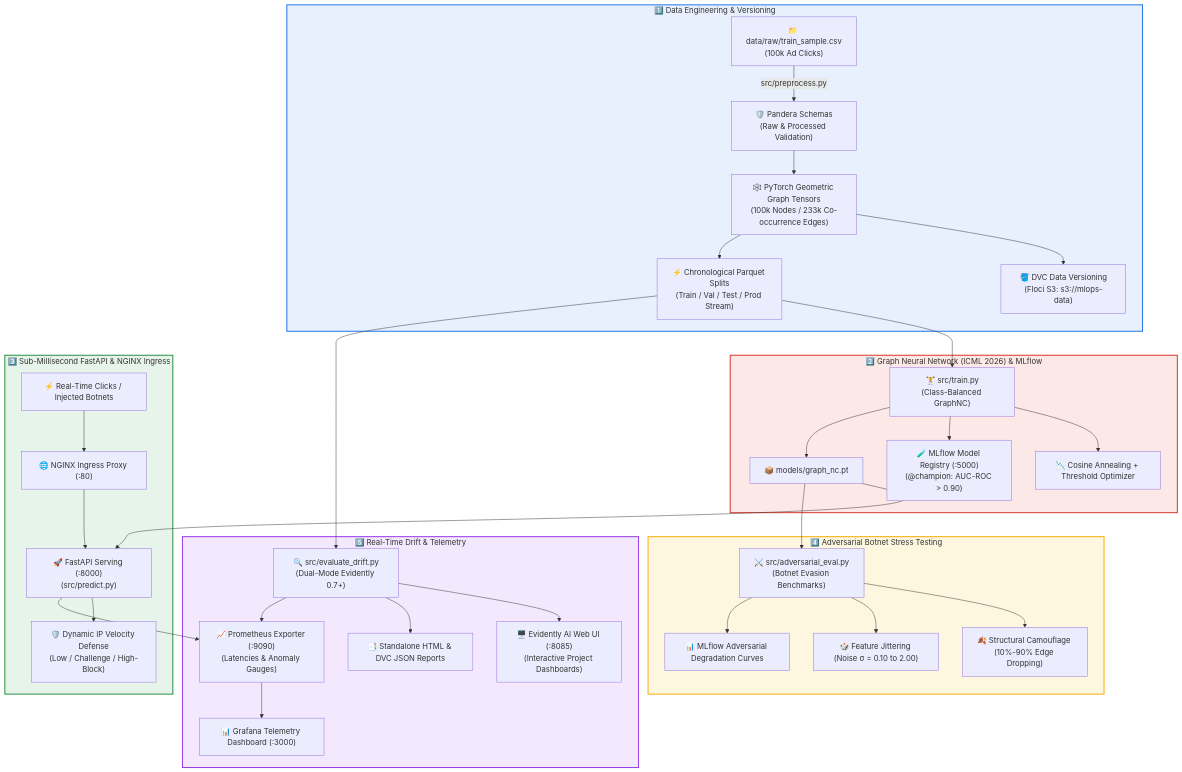
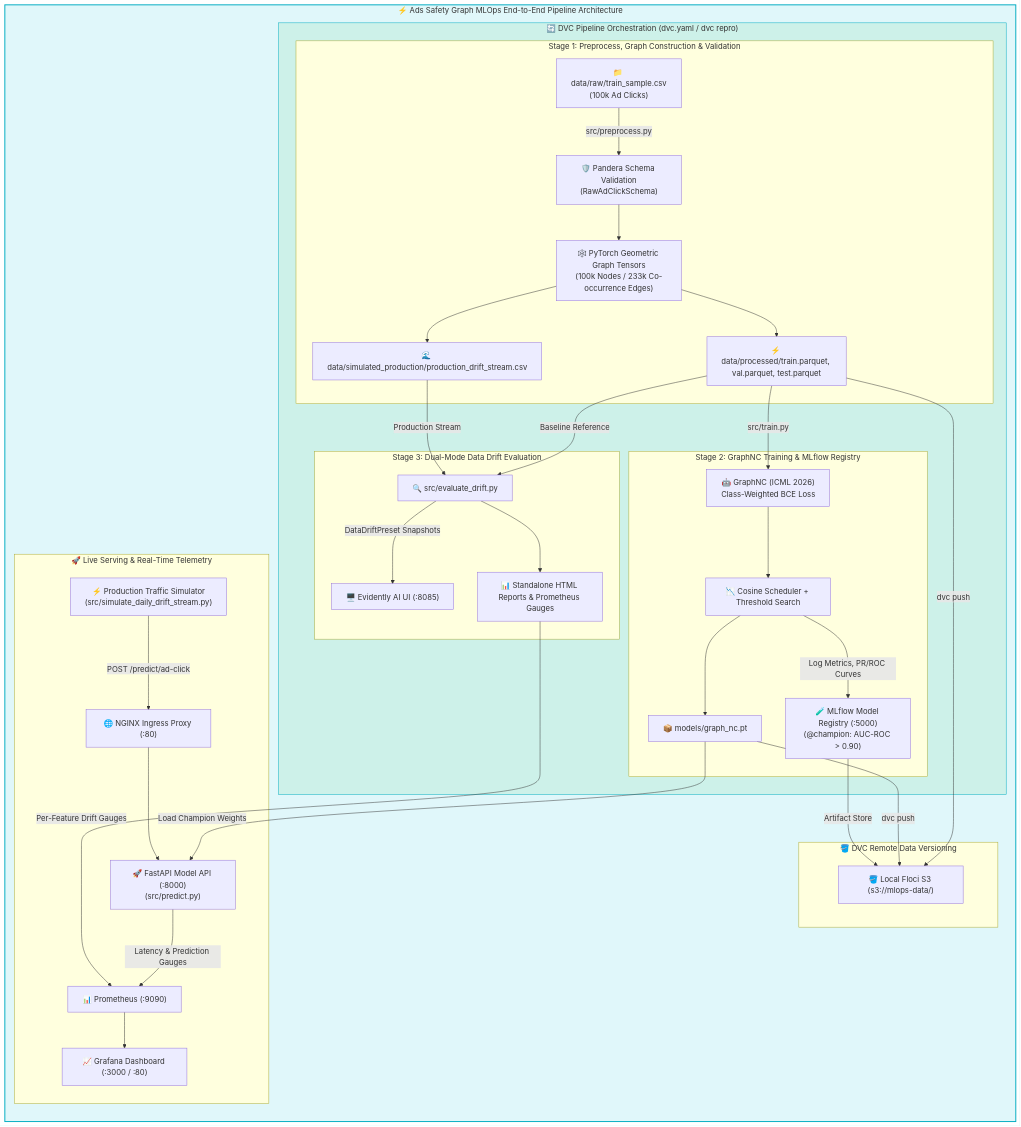
Before and after one commit to OmarAlsaqa/ads-safety-mlops: the diagram in README.md, drawn with Mermaid. The commit also changed other lines of this file, not shown here.

Commit message:
docs: embed adversarial evasion robustness curve into README

````diff
--- a/README.md
+++ b/README.md
@@ -9,45 +28,49 @@
 ```mermaid
-flowchart TB
-    subgraph DataEngineering["1️⃣ Data Engineering & Versioning"]
-        RawClick["📁 data/raw/train_sample.csv\n(100k Ad Clicks)"] -->|src/preprocess.py| PanderaVal["🛡️ Pandera Schemas\n(Raw & Processed Validation)"]
-        PanderaVal --> GraphGen["🕸️ PyTorch Geometric Graph Tensors\n(100k Nodes / 233k Co-occurrence Edges)"]
-        GraphGen --> DVCStorage["🪣 DVC Data Versioning\n(Floci S3: s3://mlops-data)"]
-        GraphGen --> ParquetSplits["⚡ Chronological Parquet Splits\n(Train / Val / Test / Prod Stream)"]
+flowchart LR
+    subgraph FullPipeline["⚡ Ads Safety Graph MLOps End-to-End Pipeline Architecture"]
+
+        subgraph DVC_Orchestration["🔄 DVC Pipeline Orchestration (dvc.yaml / dvc repro)"]
+            
+            subgraph Stage1["Stage 1: Preprocess, Graph Construction & Validation"]
+                RawCSV["📁 data/raw/train_sample.csv\n(100k Ad Clicks)"] -->|src/preprocess.py| PanderaVal["🛡️ Pandera Schema Validation\n(RawAdClickSchema)"]
+                PanderaVal --> GraphGen["🕸️ PyTorch Geometric Graph Tensors\n(100k Nodes / 233k Co-occurrence Edges)"]
+                GraphGen --> ProcessedParquet["⚡ data/processed/train.parquet, val.parquet, test.parquet"]
+                GraphGen --> ProdStream["🌊 data/simulated_production/production_drift_stream.csv"]
+            end
+
+            subgraph Stage2["Stage 2: GraphNC Training & MLflow Registry"]
+                ProcessedParquet -->|src/train.py| GraphNCTrain["🤖 GraphNC (ICML 2026)\nClass-Weighted BCE Loss"]
+                GraphNCTrain --> ThresholdOpt["📉 Cosine Scheduler + Threshold Search"]
+                ThresholdOpt -->|Log Metrics, PR/ROC Curves| MLflowServer["🧪 MLflow Model Registry (:5000)\n(@champion: AUC-ROC > 0.90)"]
+                ThresholdOpt --> ModelPT["📦 models/graph_nc.pt"]
+            end
+
+            subgraph Stage3["Stage 3: Dual-Mode Data Drift Evaluation"]
+                ProcessedParquet -->|Baseline Reference| DriftScript["🔍 src/evaluate_drift.py"]
+                ProdStream -->|Production Stream| DriftScript
+                DriftScript -->|DataDriftPreset Snapshots| EvidentlyUI["🖥️ Evidently AI UI (:8085)"]
+                DriftScript --> SummaryMetrics["📊 Standalone HTML Reports & Prometheus Gauges"]
+            end
+
+        end
+
+        subgraph DVCSync["🪣 DVC Remote Data Versioning"]
+            ProcessedParquet -->|dvc push| FlociS3["🪣 Local Floci S3 (s3://mlops-data/)"]
+            ModelPT -->|dvc push| FlociS3
+            MLflowServer -->|Artifact Store| FlociS3
+        end
+
+        subgraph ServingTelemetry["🚀 Live Serving & Real-Time Telemetry"]
+            ModelPT -->|Load Champion Weights| FastAPIService["🚀 FastAPI Model API (:8000)\n(src/predict.py)"]
+            NGINX["🌐 NGINX Ingress Proxy (:80)"] --> FastAPIService
+            TrafficSim["⚡ Production Traffic Simulator\n(src/simulate_daily_drift_stream.py)"] -->|POST /predict/ad-click| NGINX
+            FastAPIService -->|Latency & Prediction Gauges| PrometheusServer["📊 Prometheus (:9090)"]
+            SummaryMetrics -->|Per-Feature Drift Gauges| PrometheusServer
+            PrometheusServer --> GrafanaDashboard["📈 Grafana Dashboard (:3000 / :80)"]
+        end
+
     end
 
-    subgraph Modeling["2️⃣ Graph Neural Network (ICML 2026) & MLflow"]
-        ParquetSplits --> TrainScript["🏋️ src/train.py\n(Class-Balanced GraphNC)"]
-        TrainScript --> CosineScheduler["📉 Cosine Annealing + Threshold Optimizer"]
-        TrainScript --> MLflowRegistry["🧪 MLflow Model Registry (:5000)\n(@champion: AUC-ROC > 0.90)"]
-        TrainScript --> ModelCheckpoints["📦 models/graph_nc.pt"]
-    end
-
-    subgraph RealTimeServing["3️⃣ Sub-Millisecond FastAPI & NGINX Ingress"]
-        ModelCheckpoints --> API["🚀 FastAPI Serving (:8000)\n(src/predict.py)"]
-        NGINX["🌐 NGINX Ingress Proxy (:80)"] --> API
-        TrafficStream["⚡ Real-Time Clicks / Injected Botnets"] --> NGINX
-        API --> DynamicVelocity["🛡️ Dynamic IP Velocity Defense\n(Low / Challenge / High-Block)"]
-    end
-
-    subgraph AdversarialRobustness["4️⃣ Adversarial Botnet Stress Testing"]
-        ModelCheckpoints --> AdvEval["⚔️ src/adversarial_eval.py\n(Botnet Evasion Benchmarks)"]
-        AdvEval --> Camouflage["🍂 Structural Camouflage (10%-90% Edge Dropping)"]
-        AdvEval --> Jittering["🎲 Feature Jittering (Noise σ = 0.10 to 2.00)"]
-        AdvEval --> AdvReports["📊 MLflow Adversarial Degradation Curves"]
-    end
-
-    subgraph MonitoringTelemetry["5️⃣ Real-Time Drift & Telemetry"]
-        ParquetSplits --> DriftEval["🔍 src/evaluate_drift.py\n(Dual-Mode Evidently 0.7+)"]
-        DriftEval --> EvidentlyUI["🖥️ Evidently AI Web UI (:8085)\n(Interactive Project Dashboards)"]
-        DriftEval --> DriftReports["📑 Standalone HTML & DVC JSON Reports"]
-        API --> PromExporter["📈 Prometheus Exporter (:9090)\n(Latencies & Anomaly Gauges)"]
-        DriftEval --> PromExporter
-        PromExporter --> Grafana["📊 Grafana Telemetry Dashboard (:3000)"]
-    end
-
-    style DataEngineering fill:#e8f0fe,stroke:#1a73e8,stroke-width:2px
-    style Modeling fill:#fce8e6,stroke:#d93025,stroke-width:2px
-    style RealTimeServing fill:#e6f4ea,stroke:#1e8e3e,stroke-width:2px
-    style AdversarialRobustness fill:#fef7e0,stroke:#f9ab00,stroke-width:2px
-    style MonitoringTelemetry fill:#f3e8fd,stroke:#9334e6,stroke-width:2px
+    style FullPipeline fill:#e0f7fa,stroke:#00acc1,stroke-width:2px
+    style DVC_Orchestration fill:#9FE2BF,stroke:#00acc1,stroke-width:1px,fill-opacity:0.3
 ```
````
